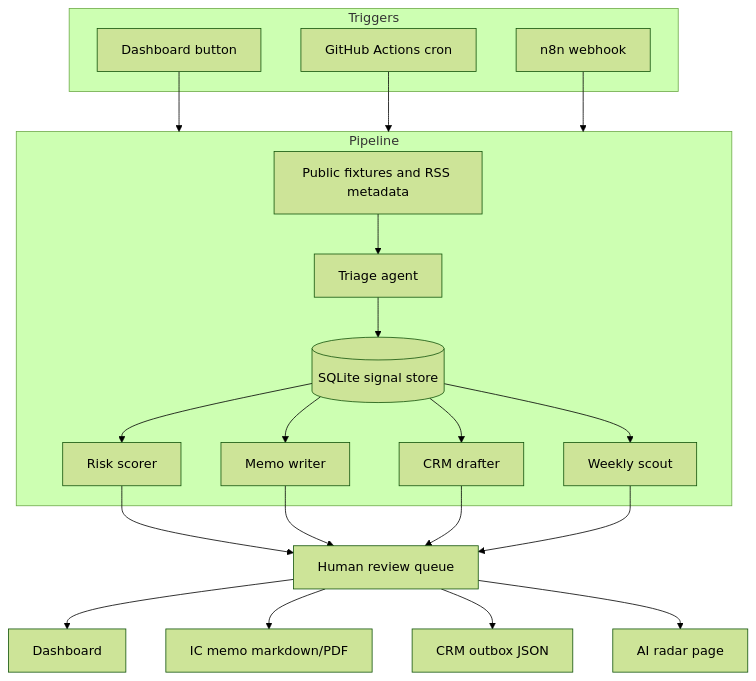
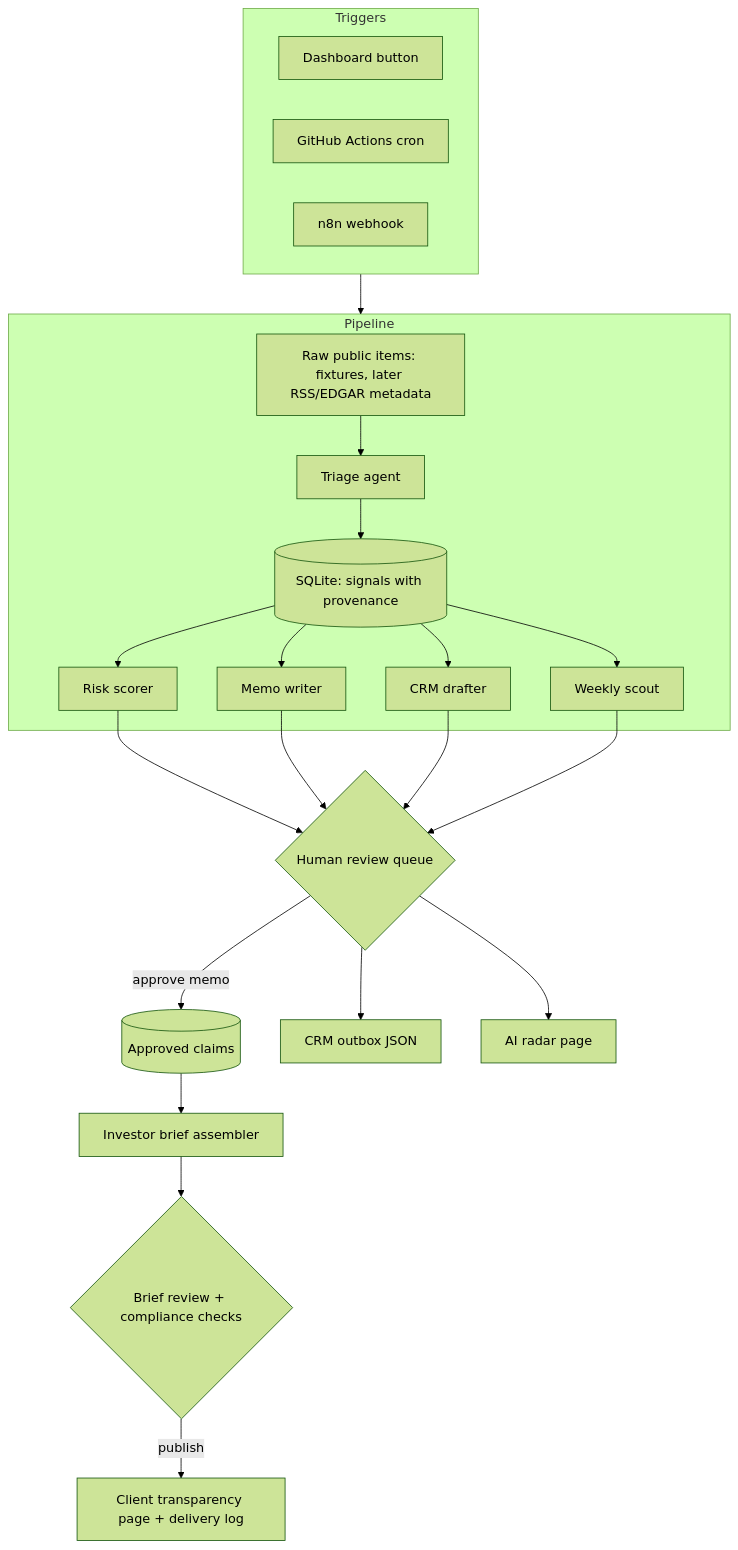
Before and after one commit to Linh86/investment-intel-dashboard: the diagram in docs/mvp-plan.md, drawn with Mermaid (forest theme). The commit also changed other lines of this file, not shown here.

First line of the commit message:
docs: refine milestone plan with approved-claims transparency layer

````diff
--- a/docs/mvp-plan.md
+++ b/docs/mvp-plan.md
@@ -26,31 +27,32 @@
 ```mermaid
 flowchart TB
     subgraph Triggers
         Manual[Dashboard button]
         Cron[GitHub Actions cron]
         Webhook[n8n webhook]
     end
 
     subgraph Pipeline
-        Sources[Public fixtures and RSS metadata] --> Triage[Triage agent]
-        Triage --> Store[(SQLite signal store)]
+        Raw[Raw public items: fixtures, later RSS/EDGAR metadata] --> Triage[Triage agent]
+        Triage --> Store[(SQLite: signals with provenance)]
         Store --> Risk[Risk scorer]
         Store --> Memo[Memo writer]
         Store --> CRM[CRM drafter]
         Store --> Scout[Weekly scout]
     end
 
-    Manual --> Pipeline
-    Cron --> Pipeline
-    Webhook --> Pipeline
+    Triggers --> Pipeline
 
-    Risk --> Review[Human review queue]
+    Risk --> Review{Human review queue}
     Memo --> Review
     CRM --> Review
     Scout --> Review
 
-    Review --> Dashboard[Dashboard]
-    Review --> Memos[IC memo markdown/PDF]
+    Review -->|approve memo| Claims[(Approved claims)]
     Review --> Outbox[CRM outbox JSON]
     Review --> Radar[AI radar page]
+
+    Claims --> Brief[Investor brief assembler]
+    Brief --> BriefReview{Brief review + compliance checks}
+    BriefReview -->|publish| Client[Client transparency page + delivery log]
 ```
````
